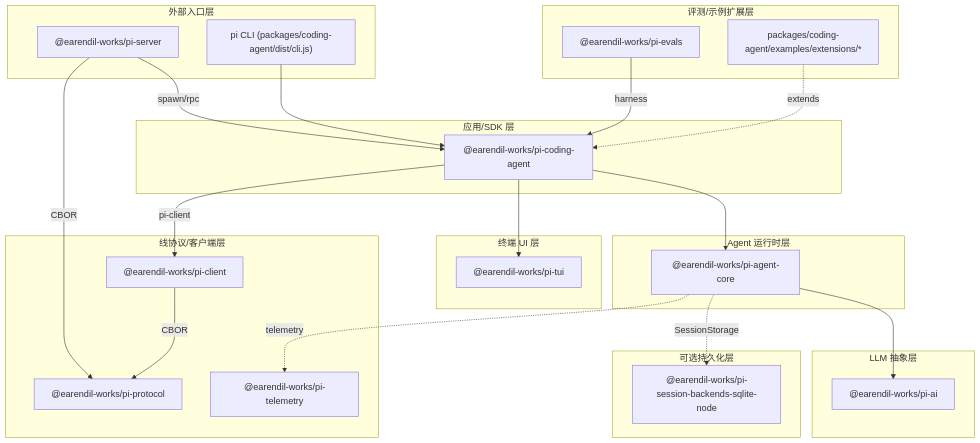
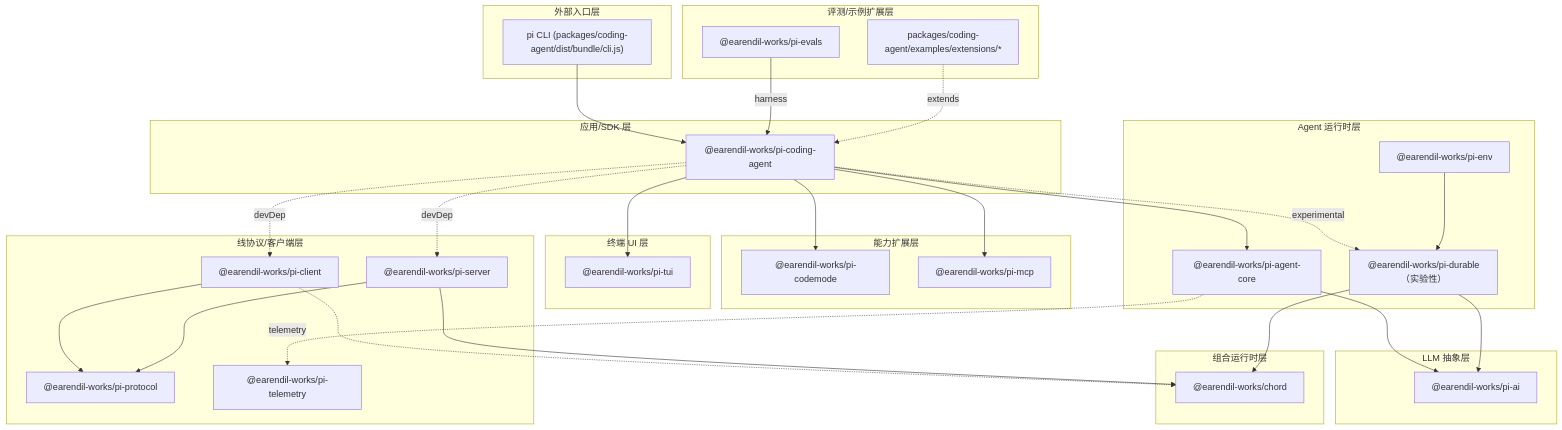
The second of 7 diagrams in docs/architecture.md (jefby/pi), drawn with Mermaid before and after one commit. The commit also changed other lines of this file and 1 other file, not shown here.

First line of the commit message:
docs: align architecture and QNX analysis with upstream v1.1.0

````diff
--- a/docs/architecture.md
+++ b/docs/architecture.md
@@ -83,51 +93,64 @@
 ```mermaid
 flowchart TB
     subgraph Layer7["外部入口层"]
-        ServerPkg["@earendil-works/pi-server"]
-        CodingAgentCli["pi CLI (packages/coding-agent/dist/cli.js)"]
+        CodingAgentCli["pi CLI (packages/coding-agent/dist/bundle/cli.js)"]
     end
 
     subgraph Layer6["应用/SDK 层"]
         CodingAgent["@earendil-works/pi-coding-agent"]
     end
 
+    subgraph Layer5b["能力扩展层"]
+        Codemode["@earendil-works/pi-codemode"]
+        MCP["@earendil-works/pi-mcp"]
+    end
+
     subgraph Layer5["Agent 运行时层"]
         AgentCore["@earendil-works/pi-agent-core"]
+        Durable["@earendil-works/pi-durable（实验性）"]
+        Env["@earendil-works/pi-env"]
     end
 
     subgraph Layer4["LLM 抽象层"]
         AI["@earendil-works/pi-ai"]
+    end
+
+    subgraph Layer3b["组合运行时层"]
+        Chord["@earendil-works/chord"]
     end
 
     subgraph Layer3["终端 UI 层"]
         TUI["@earendil-works/pi-tui"]
     end
 
     subgraph Layer2["线协议/客户端层"]
         Protocol["@earendil-works/pi-protocol"]
         Client["@earendil-works/pi-client"]
+        Server["@earendil-works/pi-server"]
         Telemetry["@earendil-works/pi-telemetry"]
-    end
-
-    subgraph Layer1["可选持久化层"]
-        Storage["@earendil-works/pi-session-backends-sqlite-node"]
     end
 
     subgraph Layer0["评测/示例扩展层"]
         Evals["@earendil-works/pi-evals"]
         Examples["packages/coding-agent/examples/extensions/*"]
     end
 
-    ServerPkg -->|spawn/rpc| CodingAgent
     CodingAgentCli --> CodingAgent
     CodingAgent --> AgentCore
     CodingAgent --> TUI
+    CodingAgent --> Codemode
+    CodingAgent --> MCP
+    CodingAgent -.->|experimental| Durable
     AgentCore --> AI
-    ServerPkg -->|CBOR| Protocol
-    Client -->|CBOR| Protocol
-    CodingAgent -->|pi-client| Client
-    AgentCore -.->|SessionStorage| Storage
+    Durable --> AI
+    Durable --> Chord
+    Env --> Durable
+    Client --> Protocol
+    Client -.-> Chord
+    Server --> Protocol
+    Server --> Chord
+    CodingAgent -.->|devDep| Client & Server
     AgentCore -.->|telemetry| Telemetry
     Evals -->|harness| CodingAgent
     Examples -.->|extends| CodingAgent
 ```
````
